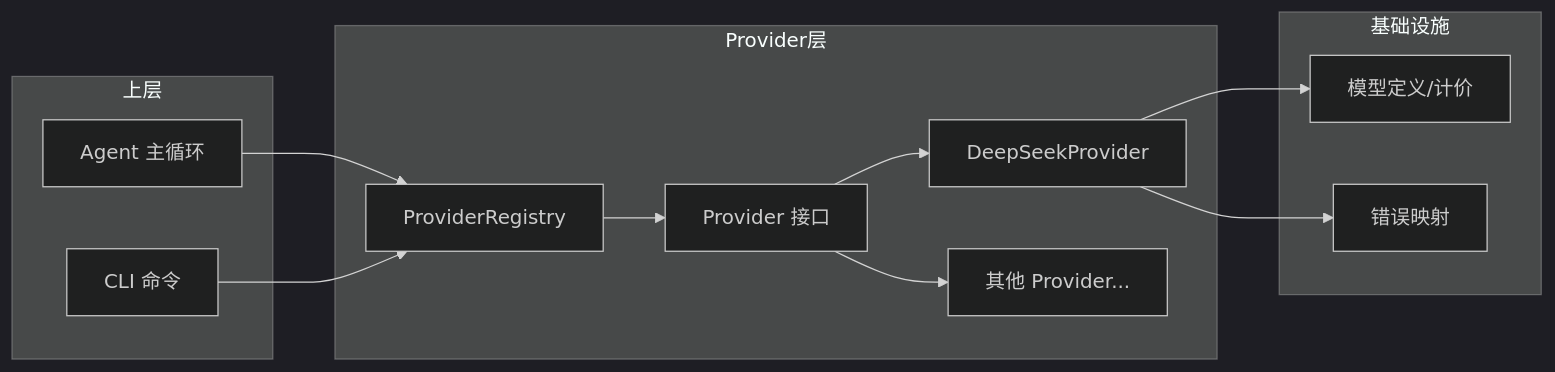
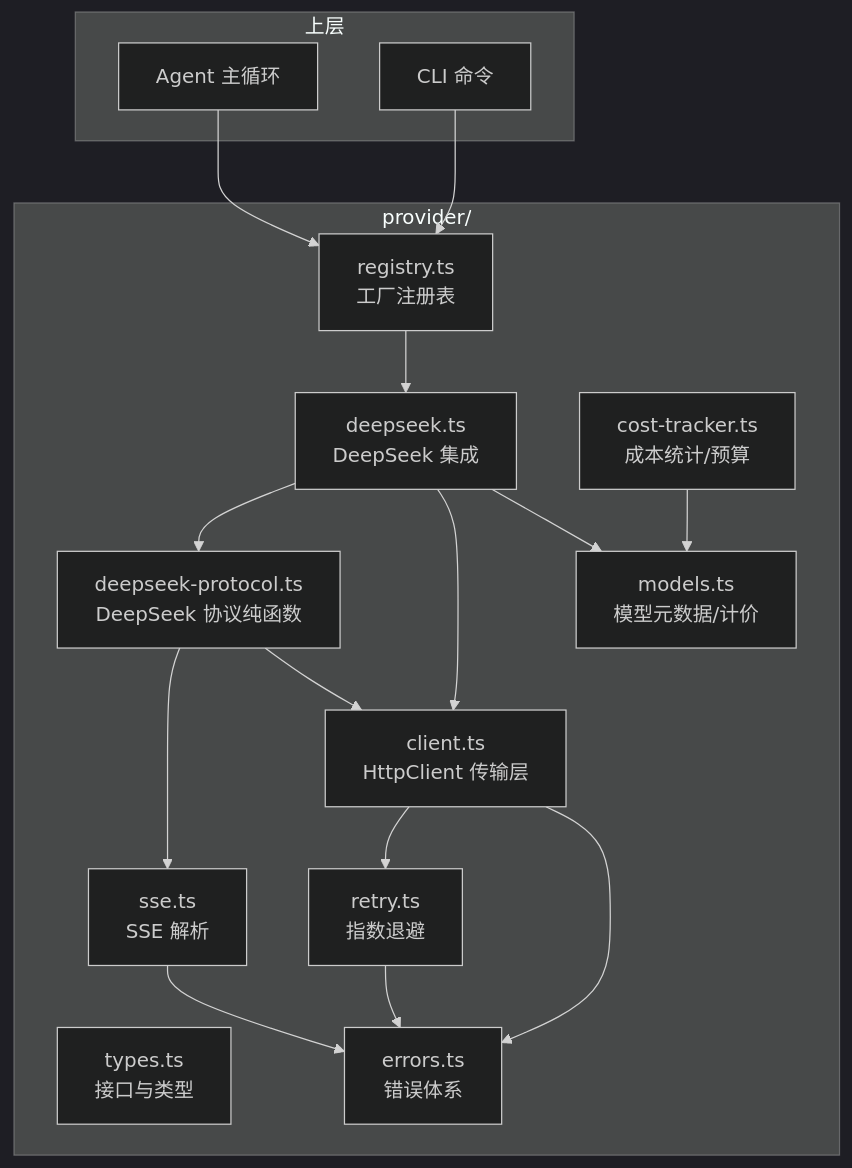
The diagram in docs/blog-04-provider-abstraction.md (Awu12277/deepseek-agent-cli), drawn with Mermaid (dark theme) before and after one commit. The commit also changed other lines of this file and 1 other file, not shown here.

````diff
--- a/docs/blog-04-provider-abstraction.md
+++ b/docs/blog-04-provider-abstraction.md
@@ -20,27 +35,34 @@
 ```mermaid
-flowchart LR
+flowchart TB
     subgraph 上层
         Agent[Agent 主循环]
         CLI[CLI 命令]
     end
 
-    subgraph Provider层
-        Registry[ProviderRegistry]
-        I[Provider 接口]
-        DS[DeepSeekProvider]
-        Future[其他 Provider...]
-    end
-
-    subgraph 基础设施
-        Models[模型定义/计价]
-        Errors[错误映射]
+    subgraph provider/
+        Types[types.ts<br/>接口与类型]
+        Registry[registry.ts<br/>工厂注册表]
+        Models[models.ts<br/>模型元数据/计价]
+        Errors[errors.ts<br/>错误体系]
+        Client[client.ts<br/>HttpClient 传输层]
+        Retry[retry.ts<br/>指数退避]
+        SSE[sse.ts<br/>SSE 解析]
+        Protocol[deepseek-protocol.ts<br/>DeepSeek 协议纯函数]
+        Adapter[deepseek.ts<br/>DeepSeek 集成]
+        Cost[cost-tracker.ts<br/>成本统计/预算]
     end
 
     Agent --> Registry
     CLI --> Registry
-    Registry --> I
-    I --> DS
-    I --> Future
-    DS --> Models
-    DS --> Errors
+    Registry --> Adapter
+    Adapter --> Protocol
+    Adapter --> Client
+    Adapter --> Models
+    Protocol --> SSE
+    Protocol --> Client
+    Client --> Retry
+    Client --> Errors
+    SSE --> Errors
+    Retry --> Errors
+    Cost --> Models
 ```
````
